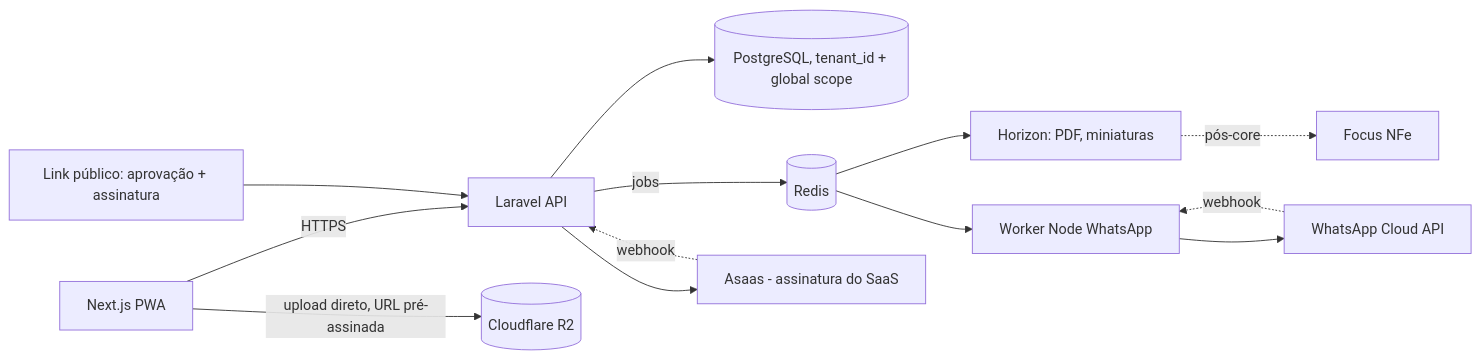
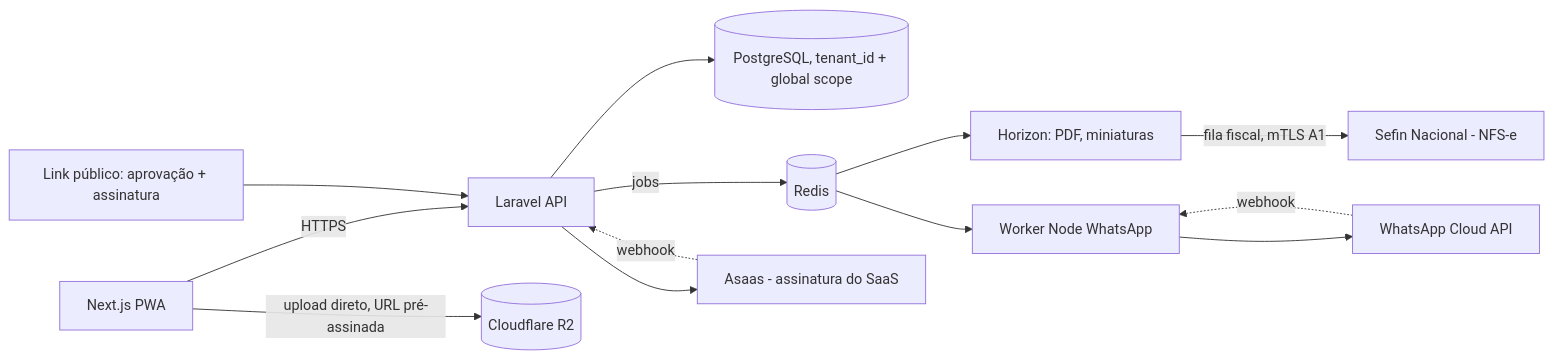
One commit to vslongo/prumo changed the first of 4 diagrams in docs/architecture.md. Above: the diagram before and after it, drawn with Mermaid. The commit also changed other lines of this file and 5 other files, not shown here.

First line of the commit message:
docs(invoicing): NFS-e direto na API Nacional, sem Focus NFe (ADR 0010) (#26)

````diff
--- a/docs/architecture.md
+++ b/docs/architecture.md
@@ -8,15 +8,15 @@
 ```mermaid
 flowchart LR
   PWA[Next.js PWA] -->|HTTPS| API[Laravel API]
   PWA -->|upload direto, URL pré-assinada| R2[(Cloudflare R2)]
   PUB[Link público: aprovação + assinatura] --> API
   API --> PG[(PostgreSQL, tenant_id + global scope)]
   API -->|jobs| RD[(Redis)]
   RD --> HZ[Horizon: PDF, miniaturas]
   RD --> WK[Worker Node WhatsApp]
   WK --> META[WhatsApp Cloud API]
   META -. webhook .-> WK
   API --> ASAAS[Asaas - assinatura do SaaS]
   ASAAS -. webhook .-> API
-  HZ -.pós-core.-> FOCUS[Focus NFe]
+  HZ -->|fila fiscal, mTLS A1| SEFIN[Sefin Nacional - NFS-e]
 ```
````
